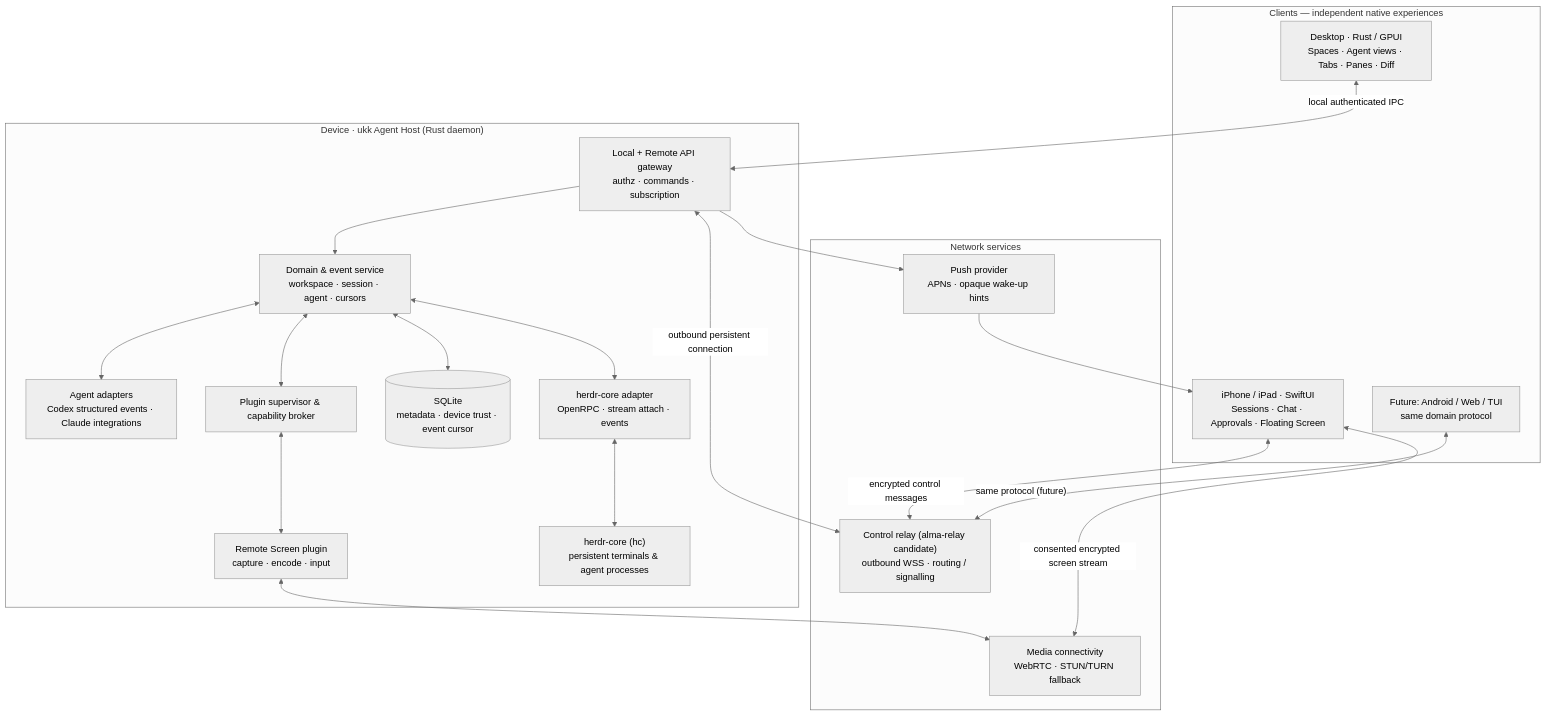
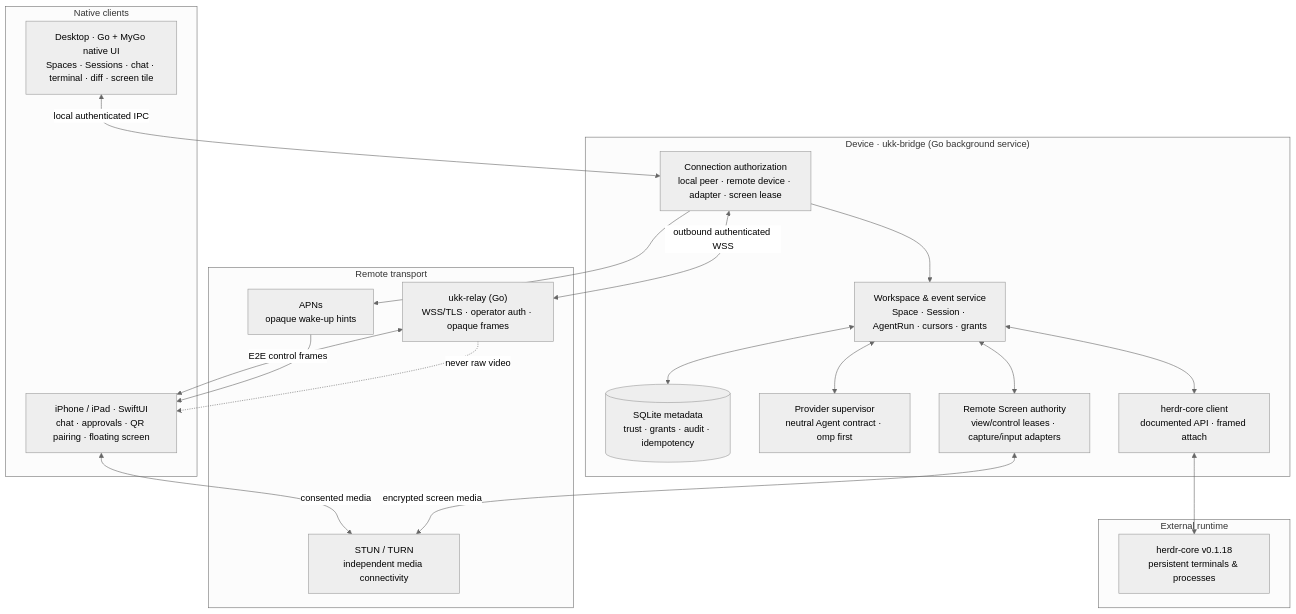
The diagram in docs/tech-design.md (suj1e/ukk), drawn with Mermaid (neutral theme) before and after one commit. The commit also changed other lines of this file and 424 other files, not shown here.

First line of the commit message:
feat: reset to native Go/MyGo desktop with bridge, relay and core UI

````diff
--- a/docs/tech-design.md
+++ b/docs/tech-design.md
@@ -11,41 +20,41 @@
 ```mermaid
 flowchart TB
-  subgraph Clients["Clients — independent native experiences"]
-    D["Desktop · Rust / GPUI<br/>Spaces · Agent views · Tabs · Panes · Diff"]
-    I["iPhone / iPad · SwiftUI<br/>Sessions · Chat · Approvals · Floating Screen"]
-    T["Future: Android / Web / TUI<br/>same domain protocol"]
+  subgraph Clients["Native clients"]
+    D["Desktop · Go + MyGo native UI<br/>Spaces · Sessions · chat · terminal · diff · screen tile"]
+    I["iPhone / iPad · SwiftUI<br/>chat · approvals · QR pairing · floating screen"]
   end
 
-  subgraph Host["Device · ukk Agent Host (Rust daemon)"]
-    API["Local + Remote API gateway<br/>authz · commands · subscription"]
-    MODEL["Domain & event service<br/>workspace · session · agent · cursors"]
-    ADAPTER["Agent adapters<br/>Codex structured events · Claude integrations"]
-    PLUG["Plugin supervisor & capability broker"]
-    STORE[("SQLite<br/>metadata · device trust · event cursor")]
-    SCREEN["Remote Screen plugin<br/>capture · encode · input"]
-    HC["herdr-core adapter<br/>OpenRPC · stream attach · events"]
-    CORE["herdr-core (hc)<br/>persistent terminals & agent processes"]
-    API --> MODEL
+  subgraph Local["Device · ukk-bridge (Go background service)"]
+    AUTH["Connection authorization<br/>local peer · remote device · adapter · screen lease"]
+    MODEL["Workspace & event service<br/>Space · Session · AgentRun · cursors · grants"]
+    STORE[("SQLite metadata<br/>trust · grants · audit · idempotency")]
+    PROV["Provider supervisor<br/>neutral Agent contract · omp first"]
+    HC["herdr-core client<br/>documented API · framed attach"]
+    SCR["Remote Screen authority<br/>view/control leases · capture/input adapters"]
+    AUTH --> MODEL
     MODEL <--> STORE
-    MODEL <--> ADAPTER
-    MODEL <--> PLUG
+    MODEL <--> PROV
     MODEL <--> HC
-    HC <--> CORE
-    PLUG <--> SCREEN
+    MODEL <--> SCR
   end
 
-  subgraph Network["Network services"]
-    RELAY["Control relay (alma-relay candidate)<br/>outbound WSS · routing / signalling"]
-    MEDIA["Media connectivity<br/>WebRTC · STUN/TURN fallback"]
-    PUSH["Push provider<br/>APNs · opaque wake-up hints"]
+  subgraph Runtime["External runtime"]
+    CORE["herdr-core v0.1.18<br/>persistent terminals & processes"]
   end
 
-  D <--> |"local authenticated IPC"| API
-  I <--> |"encrypted control messages"| RELAY
-  T <--> |"same protocol (future)"| RELAY
-  API <--> |"outbound persistent connection"| RELAY
-  SCREEN <--> MEDIA
-  I <--> |"consented encrypted screen stream"| MEDIA
-  API --> PUSH
+  subgraph Network["Remote transport"]
+    RELAY["ukk-relay (Go)<br/>WSS/TLS · operator auth · opaque frames"]
+    MEDIA["STUN / TURN<br/>independent media connectivity"]
+    PUSH["APNs<br/>opaque wake-up hints"]
+  end
+
+  D <--> |"local authenticated IPC"| AUTH
+  I <--> |"E2E control frames"| RELAY
+  AUTH <--> |"outbound authenticated WSS"| RELAY
+  RELAY -.-> |"never raw video"| I
+  SCR <--> |"encrypted screen media"| MEDIA
+  I <--> |"consented media"| MEDIA
+  HC <--> CORE
+  AUTH --> PUSH
   PUSH --> I
 ```
````
